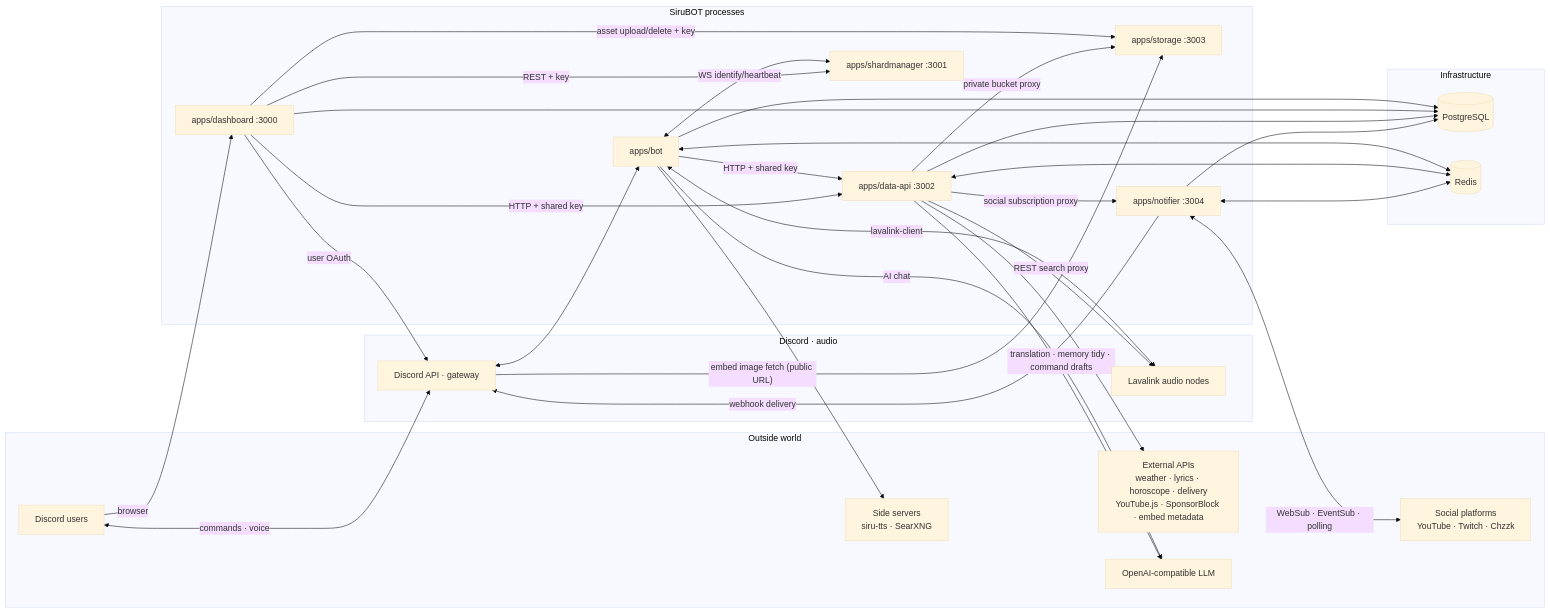
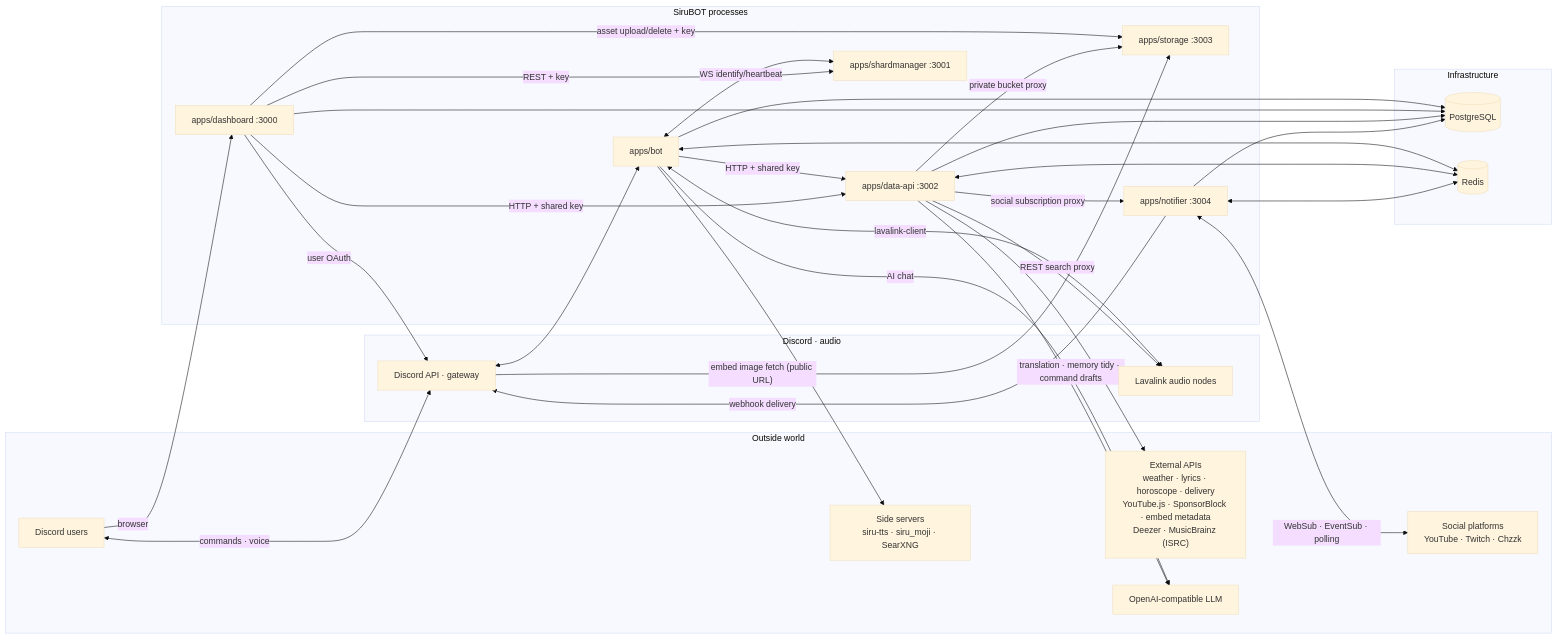
Before and after one commit to mochilabs/SiruBOT: the first of 10 diagrams in docs/architecture.md, drawn with Mermaid (base theme). The commit also changed other lines of this file and 6 other files, not shown here.

````diff
--- a/docs/architecture.md
+++ b/docs/architecture.md
@@ -47,57 +48,57 @@
 ```mermaid
 graph LR
     subgraph EXT["Outside world"]
         users["Discord users"]
-        providers["External APIs<br/>weather · lyrics · horoscope · delivery<br/>YouTube.js · SponsorBlock · embed metadata"]
+        providers["External APIs<br/>weather · lyrics · horoscope · delivery<br/>YouTube.js · SponsorBlock · embed metadata<br/>Deezer · MusicBrainz (ISRC)"]
         social["Social platforms<br/>YouTube · Twitch · Chzzk"]
         llm["OpenAI-compatible LLM"]
-        side["Side servers<br/>siru-tts · SearXNG"]
+        side["Side servers<br/>siru-tts · siru_moji · SearXNG"]
     end
 
     subgraph DIS["Discord · audio"]
         gw["Discord API · gateway"]
         lavalink["Lavalink audio nodes"]
     end
 
     subgraph INFRA["Infrastructure"]
         pg[("PostgreSQL")]
         redis[("Redis")]
     end
 
     subgraph APPS["SiruBOT processes"]
         bot["apps/bot"]
         dataapi["apps/data-api :3002"]
         dashboard["apps/dashboard :3000"]
         sm["apps/shardmanager :3001"]
         storage["apps/storage :3003"]
         notifier["apps/notifier :3004"]
     end
 
     users <-->|"commands · voice"| gw
     users -->|"browser"| dashboard
     gw <--> bot
     gw -->|"embed image fetch (public URL)"| storage
     bot <-->|"lavalink-client"| lavalink
     bot <-->|"WS identify/heartbeat"| sm
     bot <--> redis
     bot --> pg
     bot -->|"HTTP + shared key"| dataapi
     bot -->|"AI chat"| llm
     bot --> side
     dashboard --> pg
     dashboard -->|"HTTP + shared key"| dataapi
     dashboard -->|"REST + key"| sm
     dashboard -->|"asset upload/delete + key"| storage
     dashboard -->|"user OAuth"| gw
     dataapi <--> redis
     dataapi --> pg
     dataapi -->|"REST search proxy"| lavalink
     dataapi --> providers
     dataapi -->|"translation · memory tidy · command drafts"| llm
     dataapi -->|"social subscription proxy"| notifier
     dataapi -->|"private bucket proxy"| storage
     notifier <--> redis
     notifier --> pg
     notifier <-->|"WebSub · EventSub · polling"| social
     notifier -->|"webhook delivery"| gw
 ```
````
